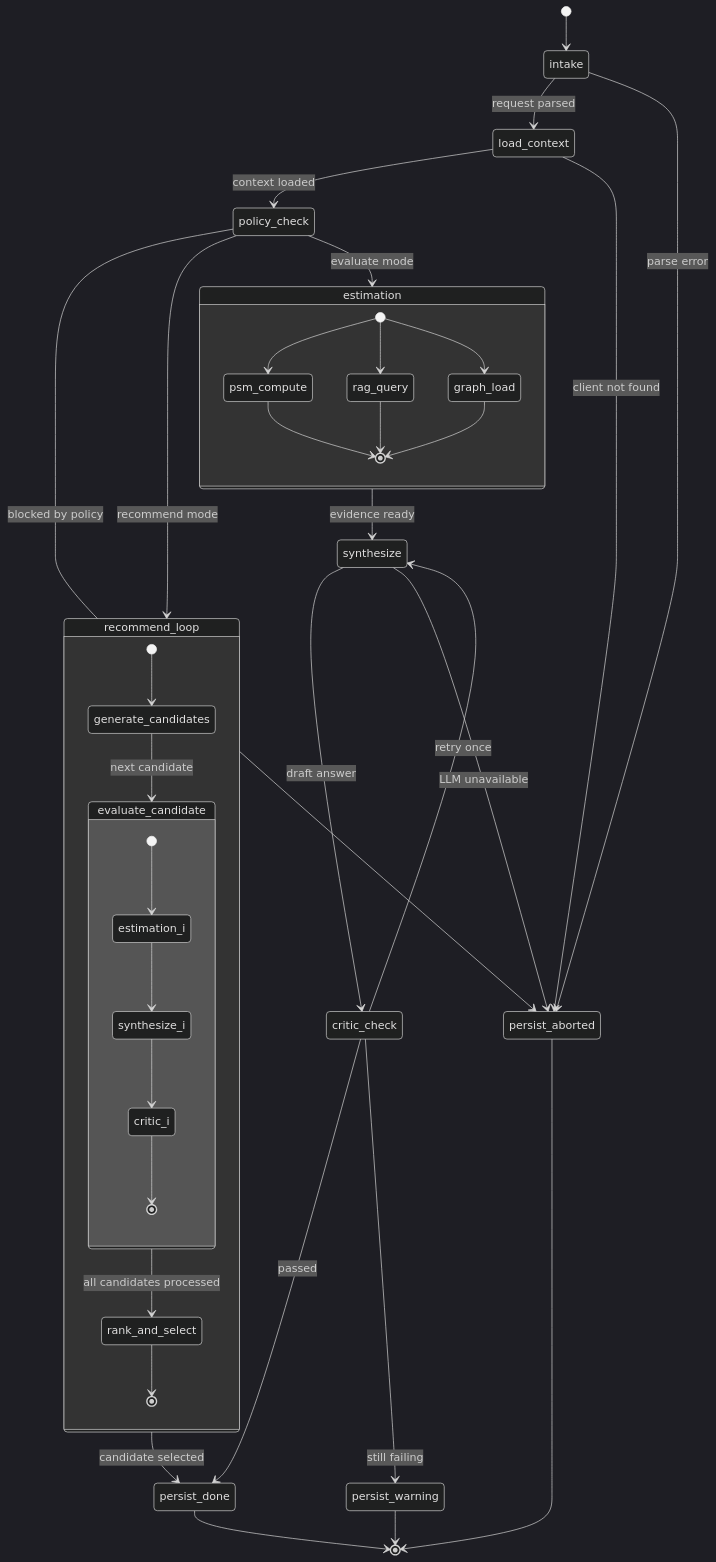
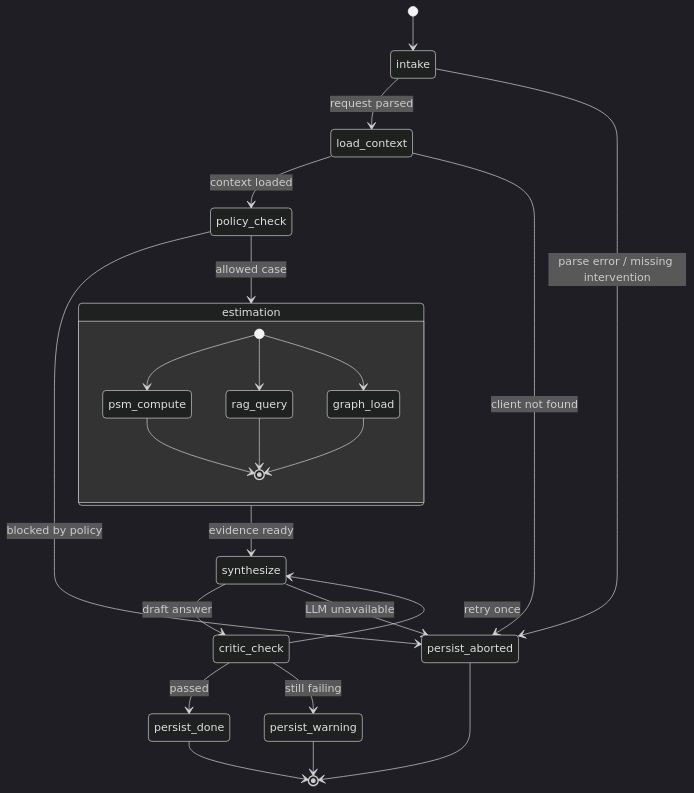
One commit to alllyuk/uplift-agent changed the first of 2 diagrams in docs/diagrams/workflow.md. Above: the diagram before and after it, drawn with Mermaid (dark theme). The commit also changed 9 other files, not shown here.

````diff
--- a/docs/diagrams/workflow.md
+++ b/docs/diagrams/workflow.md
@@ -7,51 +7,35 @@
 ```mermaid
 stateDiagram-v2
     [*] --> intake
 
     intake --> load_context : request parsed
-    intake --> persist_aborted : parse error
+    intake --> persist_aborted : parse error / missing intervention
 
     load_context --> policy_check : context loaded
     load_context --> persist_aborted : client not found
 
-    policy_check --> recommend_loop : recommend mode
-    policy_check --> estimation : evaluate mode
+    policy_check --> estimation : allowed case
     policy_check --> persist_aborted : blocked by policy
-
-    state recommend_loop {
-        [*] --> generate_candidates
-        generate_candidates --> evaluate_candidate : next candidate
-        state evaluate_candidate {
-            [*] --> estimation_i
-            estimation_i --> synthesize_i
-            synthesize_i --> critic_i
-            critic_i --> [*]
-        }
-        evaluate_candidate --> rank_and_select : all candidates processed
-        rank_and_select --> [*]
-    }
-
-    recommend_loop --> persist_done : candidate selected
 
     state estimation {
         [*] --> psm_compute
         [*] --> rag_query
         [*] --> graph_load
         psm_compute --> [*]
         rag_query --> [*]
         graph_load --> [*]
     }
 
     estimation --> synthesize : evidence ready
 
     synthesize --> critic_check : draft answer
     synthesize --> persist_aborted : LLM unavailable
 
     critic_check --> persist_done : passed
     critic_check --> synthesize : retry once
     critic_check --> persist_warning : still failing
 
     persist_done --> [*]
     persist_warning --> [*]
     persist_aborted --> [*]
 ```
````
